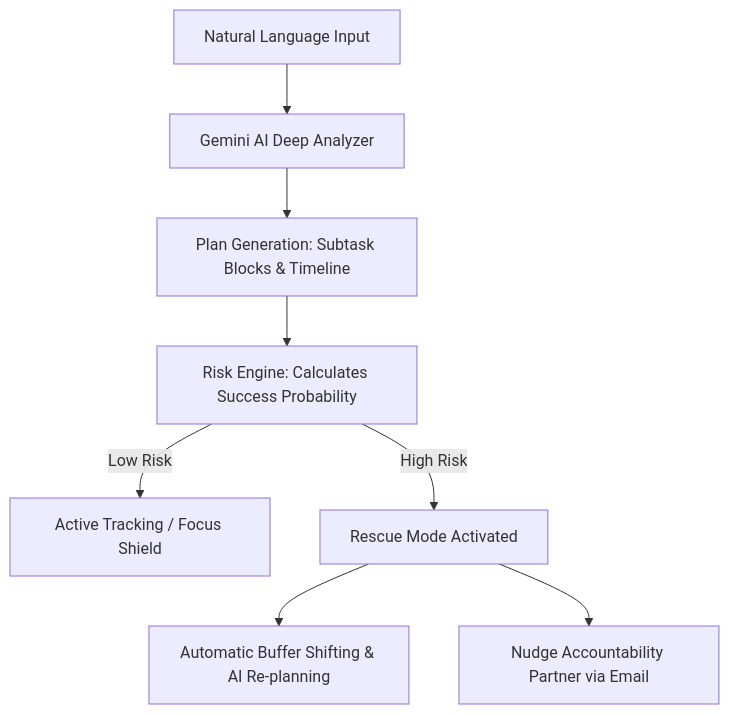
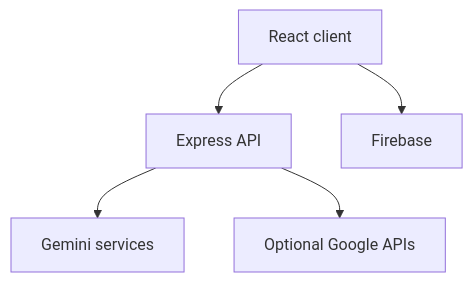
Before and after one commit to saishivasanjeethpaikarao-jpg/DEADLINE-GUARDIAN: the diagram in README.md, drawn with Mermaid. The commit also changed other lines of this file, not shown here.

````diff
--- a/README.md
+++ b/README.md
@@ -67,10 +19,7 @@
-```mermaid
-graph TD
-    A[Natural Language Input] --> B[Gemini AI Deep Analyzer]
-    B --> C[Plan Generation: Subtask Blocks & Timeline]
-    C --> D[Risk Engine: Calculates Success Probability]
-    D --> |Low Risk| E[Active Tracking / Focus Shield]
-    D --> |High Risk| F[Rescue Mode Activated]
-    F --> G[Automatic Buffer Shifting & AI Re-planning]
-    F --> H[Nudge Accountability Partner via Email]
-```
+~~~mermaid
+flowchart TD
+  A[React client] --> B[Express API]
+  B --> C[Gemini services]
+  A --> D[Firebase]
+  B --> E[Optional Google APIs]
+~~~
````
